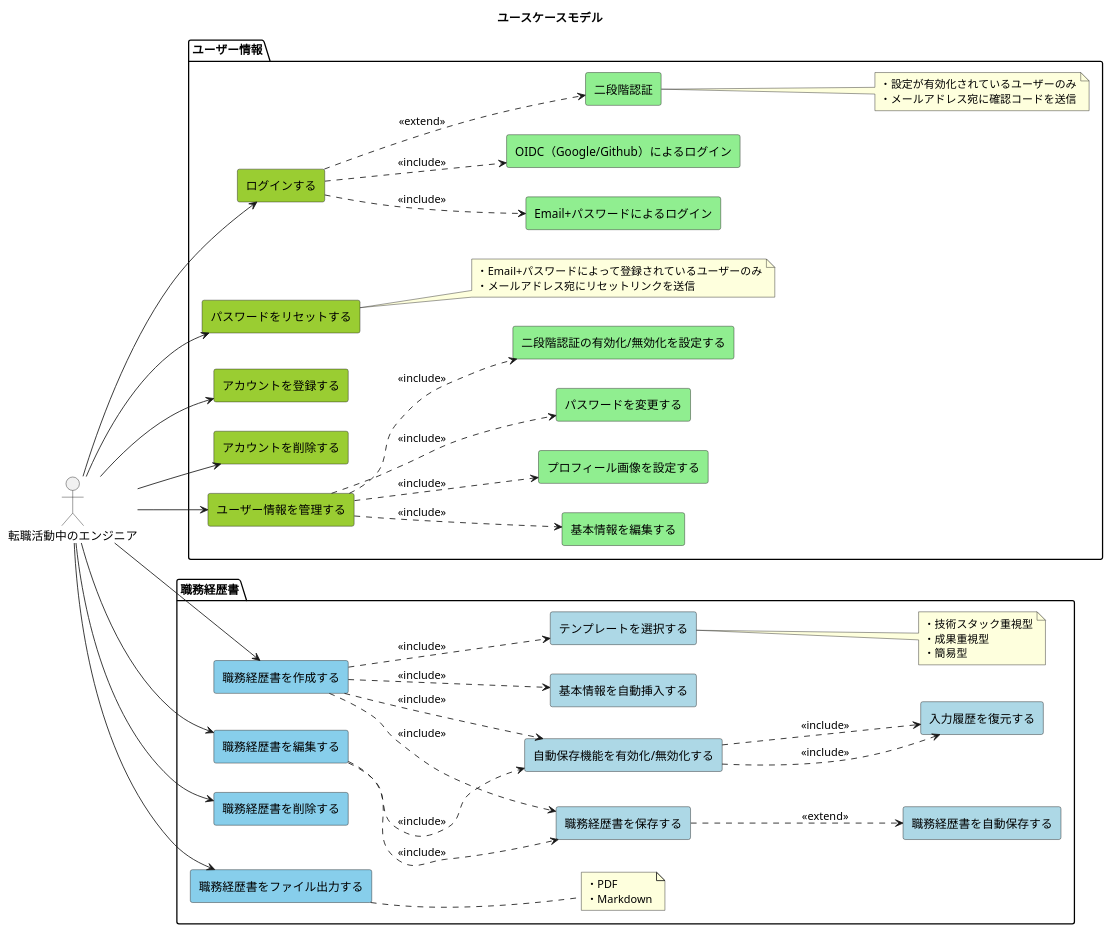
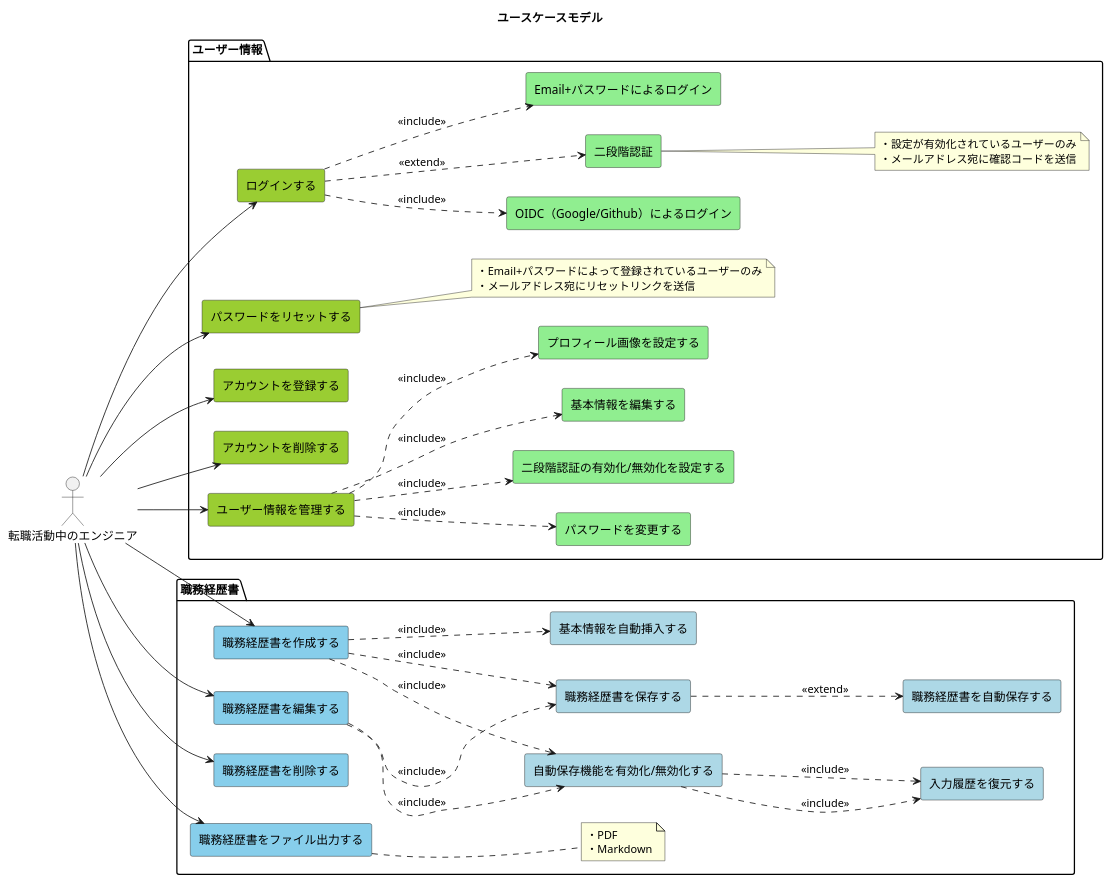
The diagram in doc/ユースケースモデル.pu (DogisRiki/KeirekiPro), drawn with PlantUML before and after one commit. The commit also changed 1 other file, not shown here.

```diff
--- a/doc/ユースケースモデル.pu
+++ b/doc/ユースケースモデル.pu
@@ -1,98 +1,98 @@
 @startuml ユースケースモデル
 
 title ユースケースモデル
 
 left to right direction
 hide stereotype
 
 skinparam rectangleBackgroundColor<<auth>> YellowGreen
 skinparam rectangleBackgroundColor<<auth_child>> LightGreen
 skinparam rectangleBackgroundColor<<resume>> SkyBlue
 skinparam rectangleBackgroundColor<<resume_child>> LightBlue
 
 actor "転職活動中のエンジニア" as user
 
 package "ユーザー情報" {
     rectangle login as "ログインする" <<auth>>
     rectangle local_login as "Email+パスワードによるログイン" <<auth_child>>
     rectangle oidc_login as "OIDC（Google/Github）によるログイン" <<auth_child>>
     rectangle two_factor_login as "二段階認証" <<auth_child>>
     note right
         ・設定が有効化されているユーザーのみ
         ・メールアドレス宛に確認コードを送信
     end note
 
     rectangle reset_password as "パスワードをリセットする" <<auth>>
     note right
         ・Email+パスワードによって登録されているユーザーのみ
         ・メールアドレス宛にリセットリンクを送信
     end note
 
     rectangle register_account as "アカウントを登録する" <<auth>>
 
     rectangle delete_account as "アカウントを削除する" <<auth>>
 
     rectangle edit_user as "ユーザー情報を管理する" <<auth>>
     rectangle edit_password as "パスワードを変更する" <<auth_child>>
     rectangle edit_two_facotr as "二段階認証の有効化/無効化を設定する" <<auth_child>>
     rectangle edit_basic_info as "基本情報を編集する" <<auth_child>>
     rectangle edit_profile_image as "プロフィール画像を設定する" <<auth_child>>
 
     login ..> local_login : <<include>>
     login ..> oidc_login : <<include>>
     login ..> two_factor_login : <<extend>>
 
     edit_user ..> edit_password : <<include>>
     edit_user ..> edit_two_facotr : <<include>>
     edit_user ..> edit_basic_info : <<include>>
     edit_user ..> edit_profile_image : <<include>>
 }
 
 package "職務経歴書" {
     rectangle create_resume as "職務経歴書を作成する" <<resume>>
     rectangle auto_insert as "基本情報を自動挿入する" <<resume_child>>
-    rectangle choose_template as "テンプレートを選択する" <<resume_child>>
-    note right
-        ・技術スタック重視型
-        ・成果重視型
-        ・簡易型
-    end note
+    ' rectangle choose_template as "テンプレートを選択する" <<resume_child>>
+    ' note right
+    '     ・技術スタック重視型
+    '     ・成果重視型
+    '     ・簡易型
+    ' end note
     rectangle auto_save as "自動保存機能を有効化/無効化する" <<resume_child>>
     rectangle restore_history as "入力履歴を復元する" <<resume_child>>
     rectangle save_resume as "職務経歴書を保存する" <<resume_child>>
     rectangle auto_save_resume as "職務経歴書を自動保存する" <<resume_child>>
     rectangle edit_resume as "職務経歴書を編集する" <<resume>>
     rectangle delete_resume as "職務経歴書を削除する" <<resume>>
     rectangle export_resume as "職務経歴書をファイル出力する" <<resume>>
     note right
         ・PDF
         ・Markdown
     end note
 
     create_resume ..> auto_insert : <<include>>
-    create_resume ..> choose_template : <<include>>
+    ' create_resume ..> choose_template : <<include>>
     create_resume ..> auto_save : <<include>>
     create_resume ..> save_resume : <<include>>
 
     auto_save ..> restore_history : <<include>>
 
     save_resume ..> auto_save_resume : <<extend>>
 
     edit_resume ..> auto_save : <<include>>
     edit_resume ..> save_resume : <<include>>
 
     auto_save ..> restore_history : <<include>>
 }
 
 user --> login
 user --> reset_password
 user --> register_account
 user --> delete_account
 user --> edit_user
 
 user --> create_resume
 user --> edit_resume
 user --> export_resume
 user --> delete_resume
 
 @enduml
```
